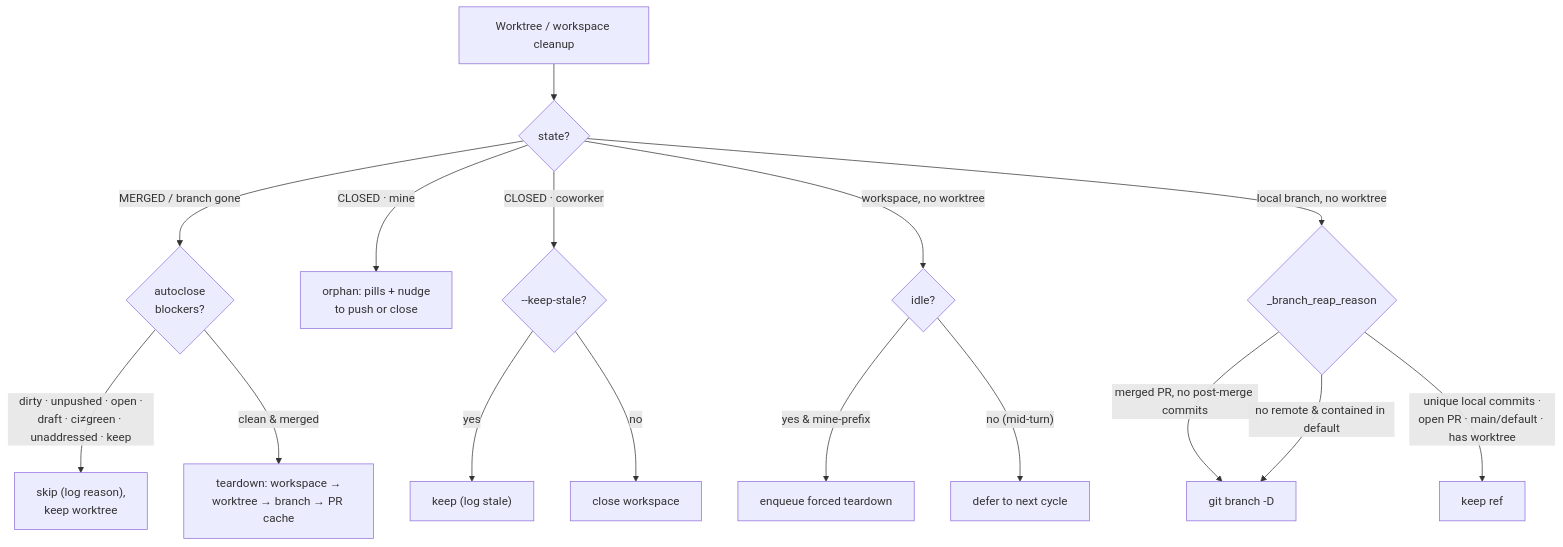
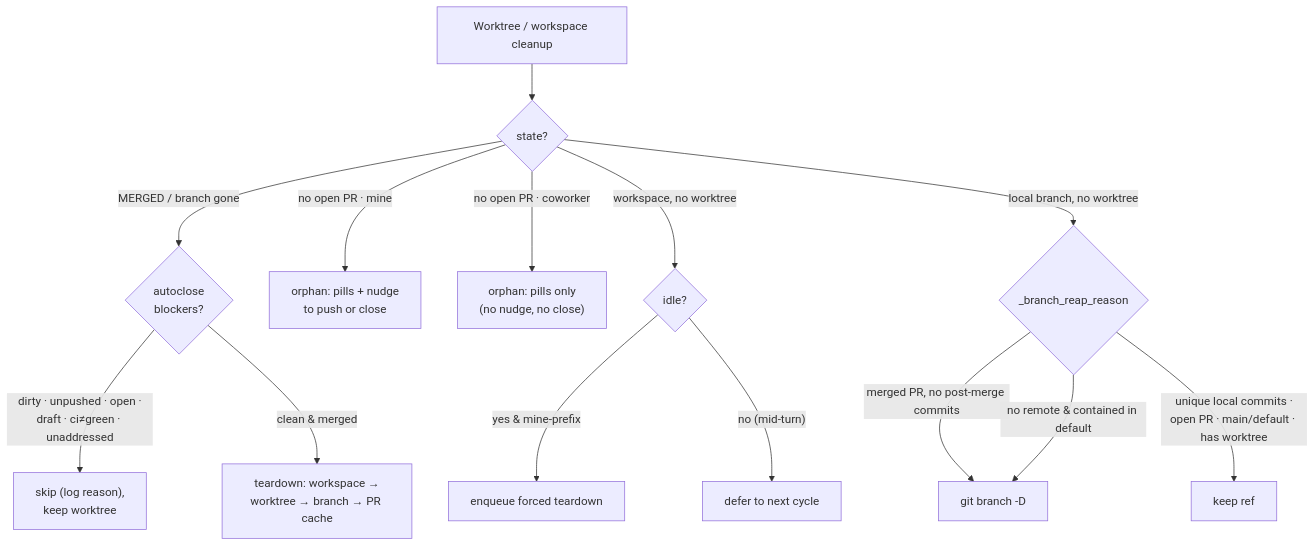
The third of 5 diagrams in docs/state-machine.md (khivi/cockpit), drawn with Mermaid before and after one commit. The commit also changed other lines of this file and 136 other files, not shown here.

````diff
--- a/docs/state-machine.md
+++ b/docs/state-machine.md
@@ -109,23 +104,21 @@
 ```mermaid
 flowchart TD
   C["Worktree / workspace cleanup"] --> K{"state?"}
 
   K -->|"MERGED / branch gone"| AC{"autoclose<br/>blockers?"}
-  AC -->|"dirty · unpushed · open ·<br/>draft · ci≠green · unaddressed · keep"| SK["skip (log reason),<br/>keep worktree"]
+  AC -->|"dirty · unpushed · open ·<br/>draft · ci≠green · unaddressed"| SK["skip (log reason),<br/>keep worktree"]
   AC -->|"clean & merged"| TD["teardown: workspace →<br/>worktree → branch → PR cache"]
 
-  K -->|"CLOSED · mine"| OR["orphan: pills + nudge<br/>to push or close"]
+  K -->|"no open PR · mine"| OR["orphan: pills + nudge<br/>to push or close"]
 
-  K -->|"CLOSED · coworker"| KS{"--keep-stale?"}
-  KS -->|yes| KP["keep (log stale)"]
-  KS -->|no| CW["close workspace"]
+  K -->|"no open PR · coworker"| OC["orphan: pills only<br/>(no nudge, no close)"]
 
   K -->|"workspace, no worktree"| RP{"idle?"}
   RP -->|"yes & mine-prefix"| EN["enqueue forced teardown"]
   RP -->|"no (mid-turn)"| DF["defer to next cycle"]
 
   K -->|"local branch, no worktree"| BR{"_branch_reap_reason"}
   BR -->|"merged PR, no post-merge commits"| BD["git branch -D"]
   BR -->|"no remote & contained in default"| BD
   BR -->|"unique local commits ·<br/>open PR · main/default · has worktree"| BK["keep ref"]
 ```
````
